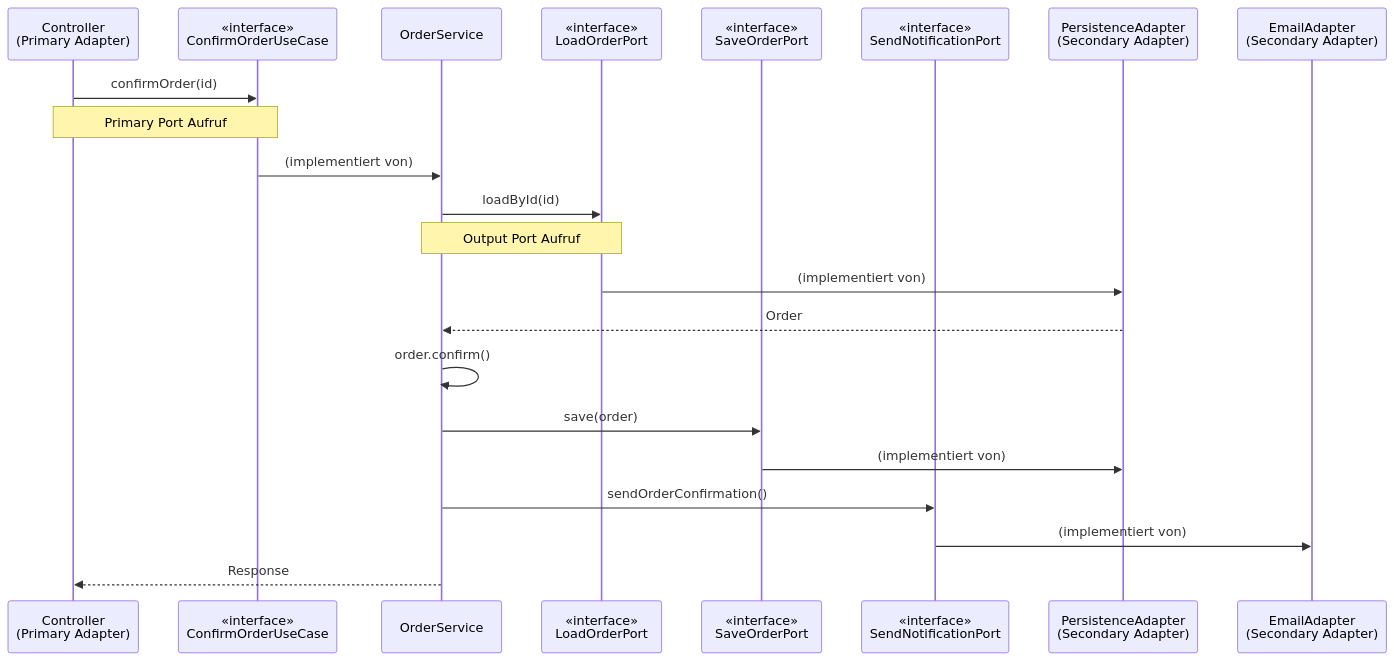
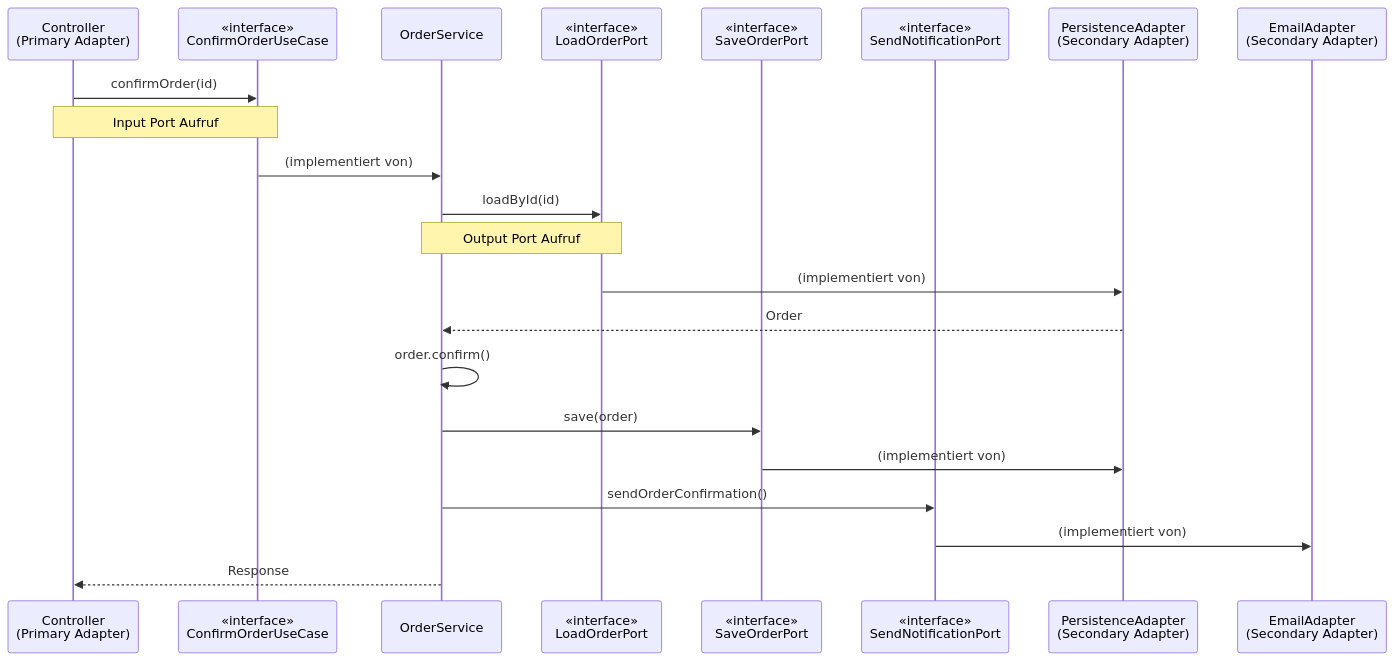
One commit to travelplanner04/ddd-example changed diagram 14 of 18 in tutorialHexagonal.md. Above: the diagram before and after it, drawn with Mermaid. The commit also changed other lines of this file and 2 other files, not shown here.

````diff
--- a/tutorialHexagonal.md
+++ b/tutorialHexagonal.md
@@ -630,30 +856,30 @@
 ```mermaid
 sequenceDiagram
     participant C as Controller<br/>(Primary Adapter)
     participant IP as «interface»<br/>ConfirmOrderUseCase
     participant S as OrderService
     participant LP as «interface»<br/>LoadOrderPort
     participant SP as «interface»<br/>SaveOrderPort
     participant NP as «interface»<br/>SendNotificationPort
     participant PA as PersistenceAdapter<br/>(Secondary Adapter)
     participant EA as EmailAdapter<br/>(Secondary Adapter)
 
     C->>IP: confirmOrder(id)
-    Note over C,IP: Primary Port Aufruf
+    Note over C,IP: Input Port Aufruf
 
     IP->>S: (implementiert von)
     S->>LP: loadById(id)
     Note over S,LP: Output Port Aufruf
     LP->>PA: (implementiert von)
     PA-->>S: Order
 
     S->>S: order.confirm()
 
     S->>SP: save(order)
     SP->>PA: (implementiert von)
 
     S->>NP: sendOrderConfirmation()
     NP->>EA: (implementiert von)
 
     S-->>C: Response
 ```
````
